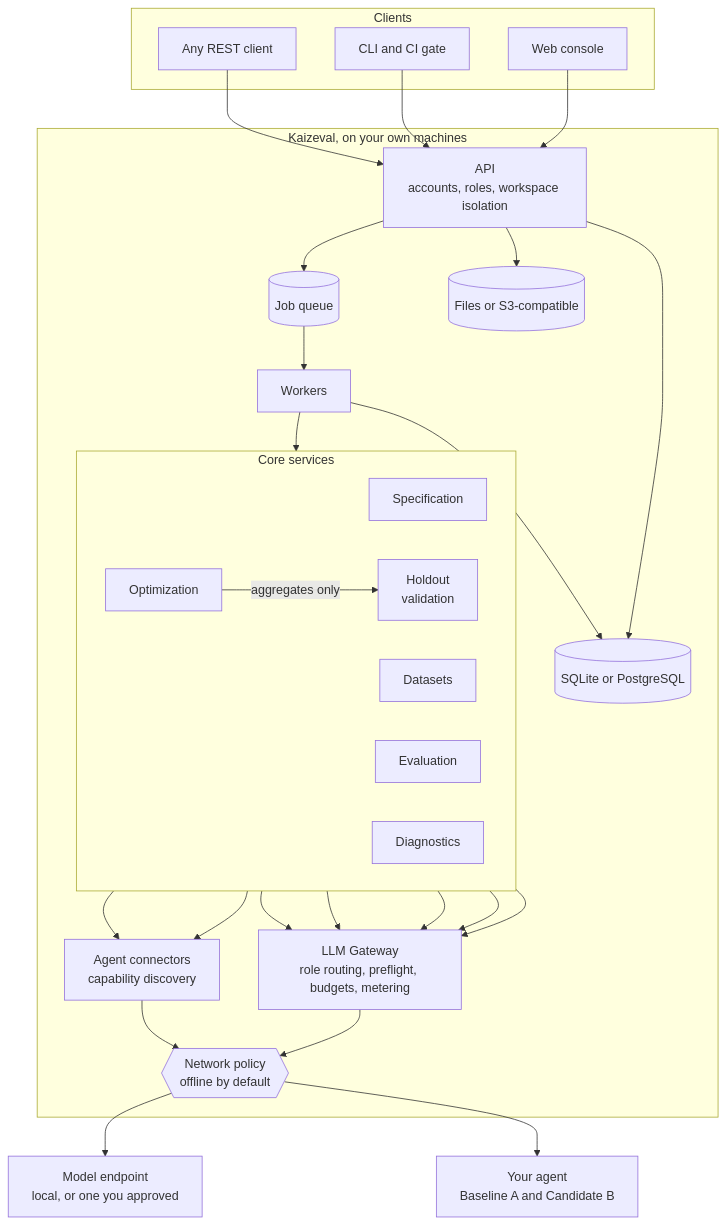
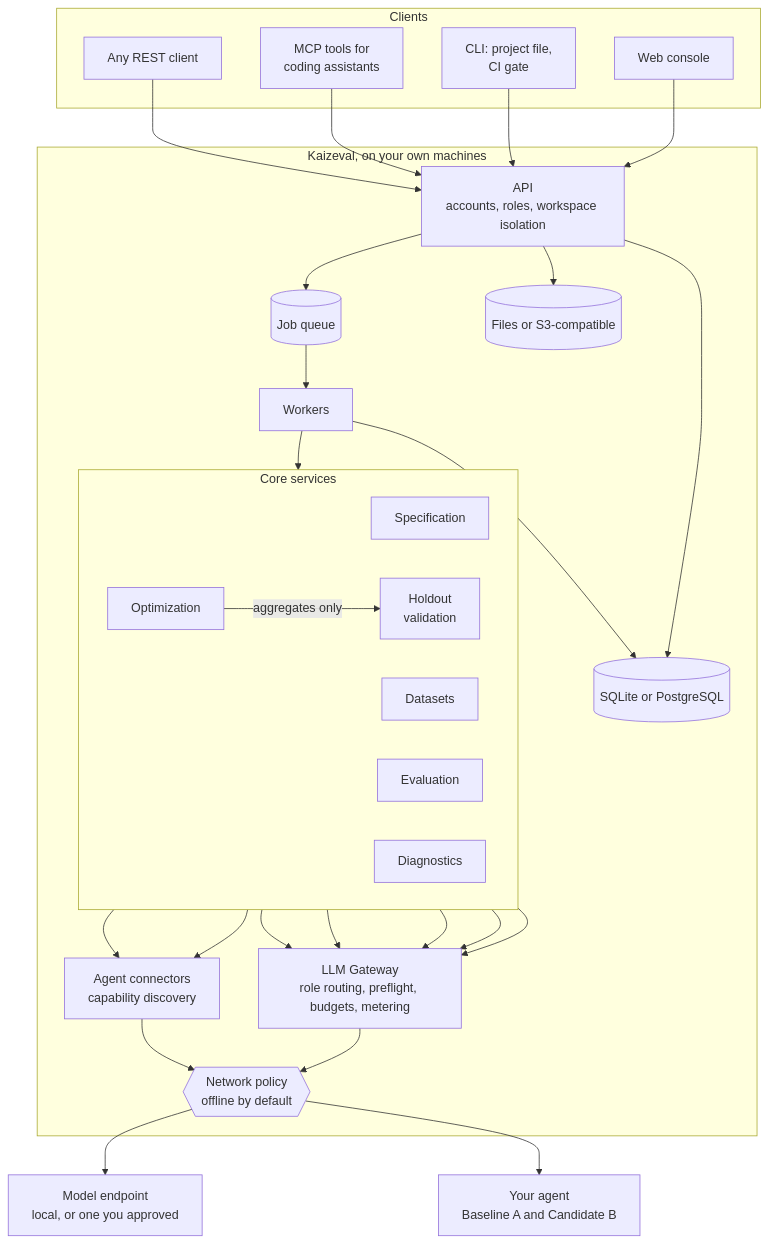
One commit to abdullahahmed94/kaizeval changed the second of 2 diagrams in README.md. Above: the diagram before and after it, drawn with Mermaid. The commit also changed other lines of this file and 6 other files, not shown here.

First line of the commit message:
Docs: bring diagrams, install steps and feature list up to date

````diff
--- a/README.md
+++ b/README.md
@@ -35,52 +38,54 @@
 ```mermaid
 flowchart TB
     subgraph CLIENTS["Clients"]
         UI["Web console"]
-        CLI["CLI and CI gate"]
+        CLI["CLI: project file,<br/>CI gate"]
+        MCP["MCP tools for<br/>coding assistants"]
         REST["Any REST client"]
     end
 
     subgraph KZ["Kaizeval, on your own machines"]
         API["API<br/>accounts, roles, workspace isolation"]
         JOBS[("Job queue")]
         WORK["Workers"]
         subgraph CORE["Core services"]
             direction LR
             SPEC["Specification"]
             DATA["Datasets"]
             EVAL["Evaluation"]
             DIAG["Diagnostics"]
             OPT["Optimization"]
             HOLD["Holdout<br/>validation"]
         end
         GW["LLM Gateway<br/>role routing, preflight, budgets, metering"]
         CONN["Agent connectors<br/>capability discovery"]
         NET{{"Network policy<br/>offline by default"}}
         DB[("SQLite or PostgreSQL")]
         FILES[("Files or S3-compatible")]
     end
 
     MODEL["Model endpoint<br/>local, or one you approved"]
     AGENT["Your agent<br/>Baseline A and Candidate B"]
 
     UI --> API
     CLI --> API
+    MCP --> API
     REST --> API
     API --> JOBS --> WORK
     WORK --> EVAL
     SPEC --> GW
     DATA --> GW
     EVAL --> GW
     DIAG --> GW
     OPT --> GW
     EVAL --> CONN
     OPT --> CONN
     OPT -->|"aggregates only"| HOLD
     GW --> NET
     CONN --> NET
     NET --> MODEL
     NET --> AGENT
     API --> DB
     WORK --> DB
     API --> FILES
 ```
````
